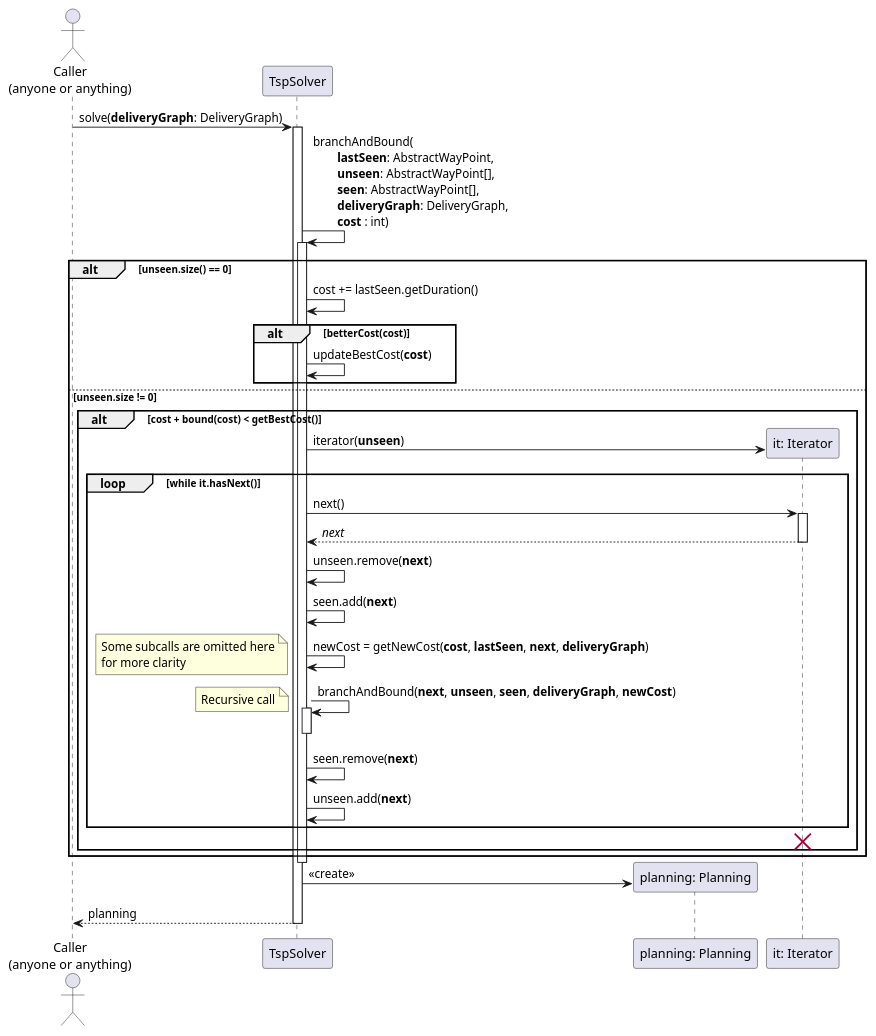
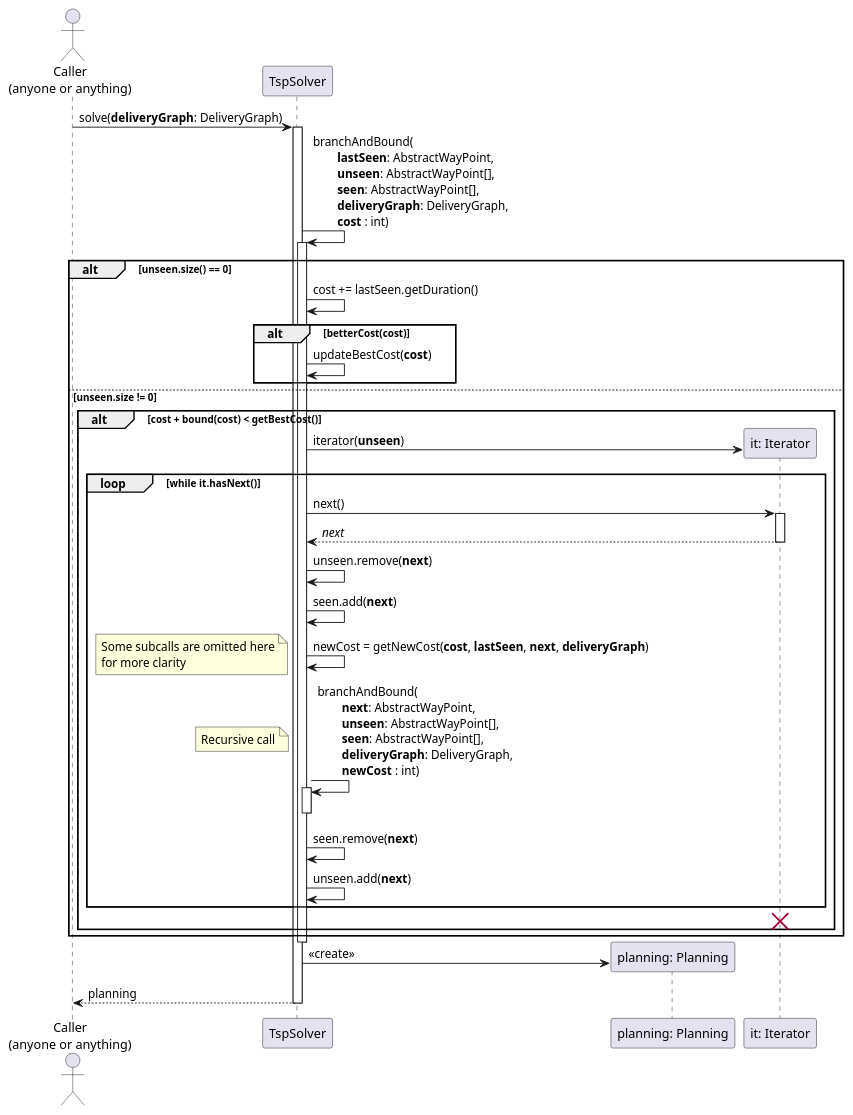
Before and after one commit to if-h4102/pld-agile: the diagram in docs/uml/sequence-diagram-tsp.puml, drawn with PlantUML.

Commit message:
Updated tsp sequence diagram for more clarity

```diff
--- a/docs/uml/sequence-diagram-tsp.puml
+++ b/docs/uml/sequence-diagram-tsp.puml
@@ -1,56 +1,56 @@
 @startuml
 actor "Caller\n(anyone or anything)" as CPS
 participant TspSolver as TSP
 participant "planning: Planning" as Pl
 participant "it: Iterator" as it
 
 CPS -> TSP : solve(**deliveryGraph**: DeliveryGraph)
 activate TSP
 
     TSP -> TSP : branchAndBound(\n\t**lastSeen**: AbstractWayPoint,\n\t**unseen**: AbstractWayPoint[],\n\t**seen**: AbstractWayPoint[],\n\t**deliveryGraph**: DeliveryGraph,\n\t**cost** : int)
     activate TSP
 
         alt unseen.size() == 0
             TSP -> TSP : cost += lastSeen.getDuration()
             alt betterCost(**cost**)
                 TSP -> TSP : updateBestCost(**cost**)
             end
         else unseen.size != 0
             alt cost + bound(cost) < getBestCost()
                 create it
                 TSP -> it : iterator(**unseen**)
                 loop while it.hasNext()
                     TSP -> it : next()
                     activate it
                     TSP <-- it : //next//
                     deactivate it
                     TSP -> TSP : unseen.remove(**next**)
                     TSP -> TSP : seen.add(**next**)
                     TSP -> TSP : newCost = getNewCost(**cost**, **lastSeen**, **next**, **deliveryGraph**)
                     note left
                         Some subcalls are omitted here
                         for more clarity
                     end note
-                    TSP -> TSP : branchAndBound(**next**, **unseen**, **seen**, **deliveryGraph**, **newCost**)
+                    TSP -> TSP : branchAndBound(\n\t**next**: AbstractWayPoint,\n\t**unseen**: AbstractWayPoint[],\n\t**seen**: AbstractWayPoint[],\n\t**deliveryGraph**: DeliveryGraph,\n\t**newCost** : int)
                     activate TSP
                         note left : Recursive call
                     deactivate TSP
                     TSP -> TSP : seen.remove(**next**)
                     TSP -> TSP : unseen.add(**next**)
                 end
                 destroy it
             end
 
 
         end
 
     deactivate TSP
 
     create Pl
     TSP -> Pl : <<create>>
 
     CPS <-- TSP : planning
 
 deactivate TSP
 
 @enduml
```
